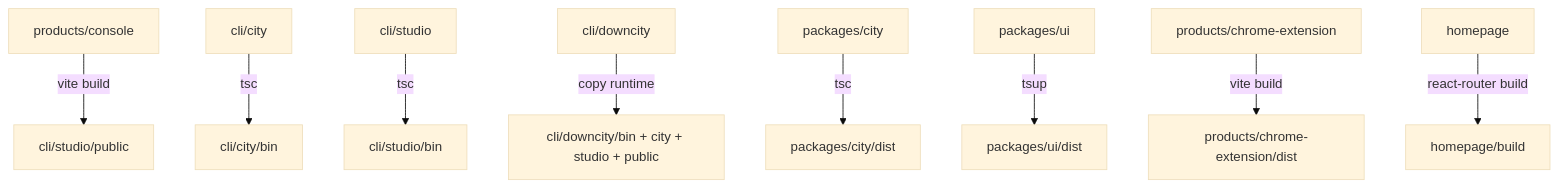
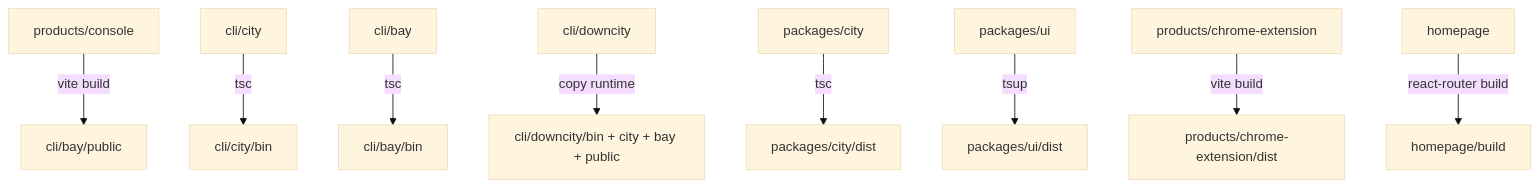
The third of 4 diagrams in homepage/content/devdocs/zh/architecture/workspace-package-structure.mdx (wangenius/downcity), drawn with Mermaid (base theme) before and after one commit. The commit also changed other lines of this file and 299 other files, not shown here.

Commit message:
feat(city): rename studio domain to bay

````diff
--- a/homepage/content/devdocs/zh/architecture/workspace-package-structure.mdx
+++ b/homepage/content/devdocs/zh/architecture/workspace-package-structure.mdx
@@ -130,11 +130,11 @@
 ```mermaid
 flowchart TD
-    ConsoleSrc["products/console"] -- vite build --> ConsolePublic["cli/studio/public"]
+    ConsoleSrc["products/console"] -- vite build --> ConsolePublic["cli/bay/public"]
     CityCliSrc["cli/city"] -- tsc --> CityCliBin["cli/city/bin"]
-    StudioCliSrc["cli/studio"] -- tsc --> StudioCliBin["cli/studio/bin"]
-    BundleSrc["cli/downcity"] -- copy runtime --> BundleBin["cli/downcity/bin + city + studio + public"]
+    BayCliSrc["cli/bay"] -- tsc --> BayCliBin["cli/bay/bin"]
+    BundleSrc["cli/downcity"] -- copy runtime --> BundleBin["cli/downcity/bin + city + bay + public"]
     RuntimeSrc["packages/city"] -- tsc --> RuntimeDist["packages/city/dist"]
     UISrc["packages/ui"] -- tsup --> UIDist["packages/ui/dist"]
     ExtensionSrc["products/chrome-extension"] -- vite build --> ExtensionDist["products/chrome-extension/dist"]
     HomepageSrc["homepage"] -- react-router build --> HomepageBuild["homepage/build"]
 ```
````
